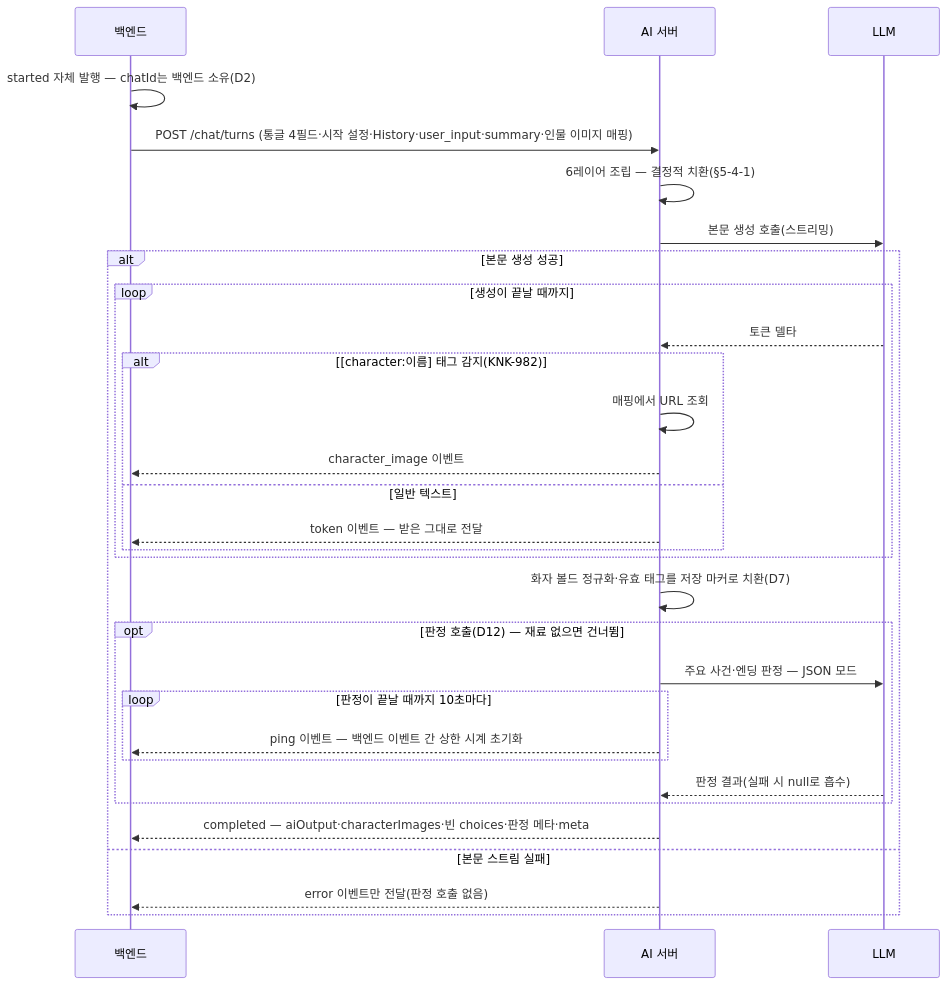
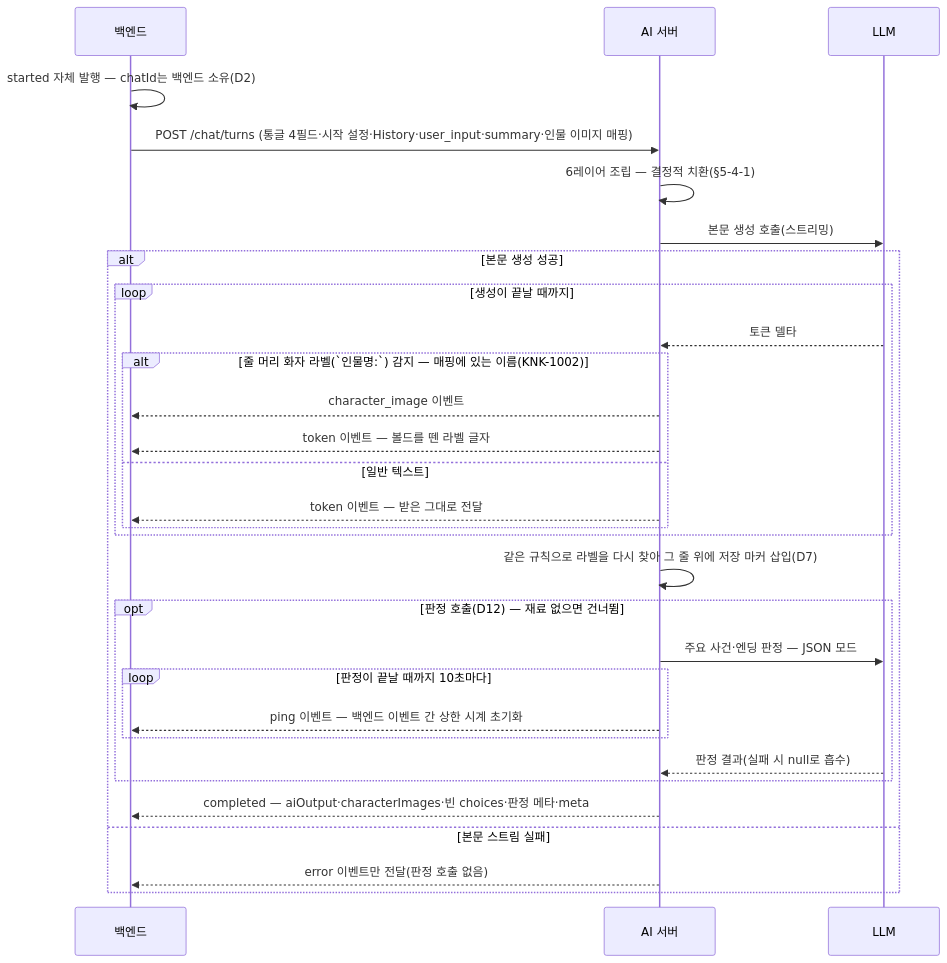
One commit to KIM-N-KANG/knk-harness changed the fourth of 8 diagrams in docs/product-specs/5-ai-server.md. Above: the diagram before and after it, drawn with Mermaid. The commit also changed other lines of this file and 3 other files, not shown here.

First line of the commit message:
[KNK-1003] Docs: 채팅 인물 이미지의 인물명 라벨 감지 전환과 이미지 계약 변경 계획 기록 (#138)

````diff
--- a/docs/product-specs/5-ai-server.md
+++ b/docs/product-specs/5-ai-server.md
@@ -585,33 +585,33 @@
 ```mermaid
 sequenceDiagram
     participant BE as 백엔드
     participant AI as AI 서버
     participant LLM as LLM
 
     BE->>BE: started 자체 발행 — chatId는 백엔드 소유(D2)
     BE->>AI: POST /chat/turns (통글 4필드·시작 설정·History·user_input·summary·인물 이미지 매핑)
     AI->>AI: 6레이어 조립 — 결정적 치환(§5-4-1)
     AI->>LLM: 본문 생성 호출(스트리밍)
     alt 본문 생성 성공
         loop 생성이 끝날 때까지
             LLM-->>AI: 토큰 델타
-            alt [character:이름] 태그 감지(KNK-982)
-                AI->>AI: 매핑에서 URL 조회
+            alt 줄 머리 화자 라벨(`인물명:`) 감지 — 매핑에 있는 이름(KNK-1002)
                 AI-->>BE: character_image 이벤트
+                AI-->>BE: token 이벤트 — 볼드를 뗀 라벨 글자
             else 일반 텍스트
                 AI-->>BE: token 이벤트 — 받은 그대로 전달
             end
         end
-        AI->>AI: 화자 볼드 정규화·유효 태그를 저장 마커로 치환(D7)
+        AI->>AI: 같은 규칙으로 라벨을 다시 찾아 그 줄 위에 저장 마커 삽입(D7)
         opt 판정 호출(D12) — 재료 없으면 건너뜀
             AI->>LLM: 주요 사건·엔딩 판정 — JSON 모드
             loop 판정이 끝날 때까지 10초마다
                 AI-->>BE: ping 이벤트 — 백엔드 이벤트 간 상한 시계 초기화
             end
             LLM-->>AI: 판정 결과(실패 시 null로 흡수)
         end
         AI-->>BE: completed — aiOutput·characterImages·빈 choices·판정 메타·meta
     else 본문 스트림 실패
         AI-->>BE: error 이벤트만 전달(판정 호출 없음)
     end
 ```
````
